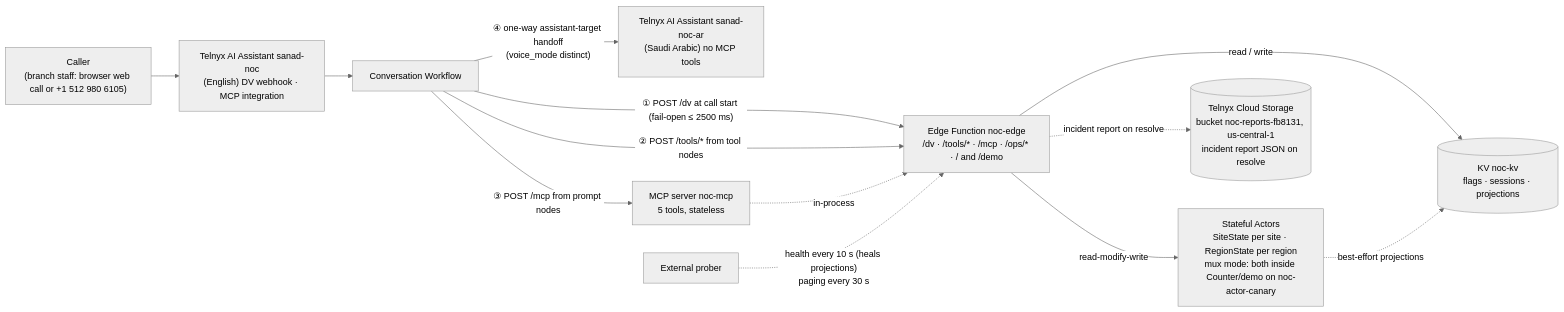
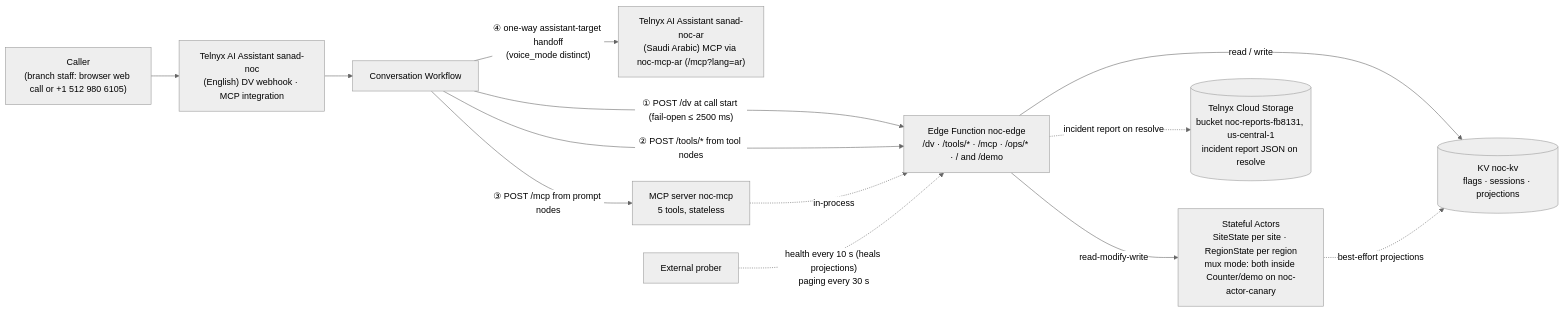
One commit to ifahad/noc-front-door changed the diagram in README.md. Above: the diagram before and after it, drawn with Mermaid (neutral theme). The commit also changed other lines of this file and 8 other files, not shown here.

````diff
--- a/README.md
+++ b/README.md
@@ -41,26 +38,26 @@
 ```mermaid
 flowchart LR
   caller["Caller<br/>(branch staff: browser web call or +1 512 980 6105)"]
   asst["Telnyx AI Assistant sanad-noc<br/>(English) DV webhook · MCP integration"]
   wf["Conversation Workflow"]
-  ar["Telnyx AI Assistant sanad-noc-ar<br/>(Saudi Arabic) no MCP tools"]
+  ar["Telnyx AI Assistant sanad-noc-ar<br/>(Saudi Arabic) MCP via noc-mcp-ar (/mcp?lang=ar)"]
   edge["Edge Function noc-edge<br/>/dv · /tools/* · /mcp · /ops/* · / and /demo"]
   mcp["MCP server noc-mcp<br/>5 tools, stateless"]
   kv[("KV noc-kv<br/>flags · sessions · projections")]
   actors["Stateful Actors<br/>SiteState per site · RegionState per region<br/>mux mode: both inside Counter/demo on noc-actor-canary"]
   tcs[("Telnyx Cloud Storage<br/>bucket noc-reports-fb8131, us-central-1<br/>incident report JSON on resolve")]
   prober["External prober"]
 
   caller --> asst
   asst --> wf
   wf -->|"④ one-way assistant-target handoff<br/>(voice_mode distinct)"| ar
   wf -->|"① POST /dv at call start (fail-open ≤ 2500 ms)"| edge
   wf -->|"② POST /tools/* from tool nodes"| edge
   wf -->|"③ POST /mcp from prompt nodes"| mcp
   mcp -.->|"in-process"| edge
   edge -->|"read / write"| kv
   edge -->|"read-modify-write"| actors
   actors -.->|"best-effort projections"| kv
   edge -.->|"incident report on resolve"| tcs
   prober -.->|"health every 10 s (heals projections)<br/>paging every 30 s"| edge
 ```
````
